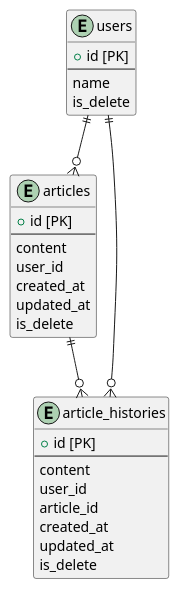
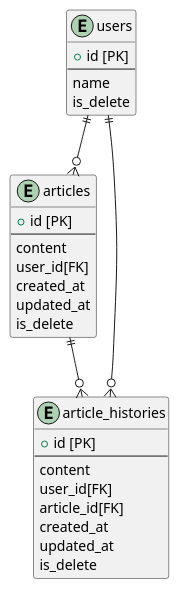
One commit to tasdsn/praha changed the diagram in 05/db_modeling5-1.puml. Above: the diagram before and after it, drawn with PlantUML. The commit also changed 1 other file, not shown here.

```diff
--- a/05/db_modeling5-1.puml
+++ b/05/db_modeling5-1.puml
@@ -1,36 +1,36 @@
 @startuml
 '05_DBモデリング5
 
 entity users {
   + id [PK]
   --
   name
   is_delete
 }
 
 entity articles {
   + id [PK]
   --
   content
-  user_id
+  user_id[FK]
   created_at
   updated_at
   is_delete
 }
 
 entity article_histories {
   + id [PK]
   --
   content
-  user_id
-  article_id
+  user_id[FK]
+  article_id[FK]
   created_at
   updated_at
   is_delete
 }
 
 users          ||--o{ articles
 users          ||--o{ article_histories
 articles       ||--o{ article_histories
 
 @enduml
```
